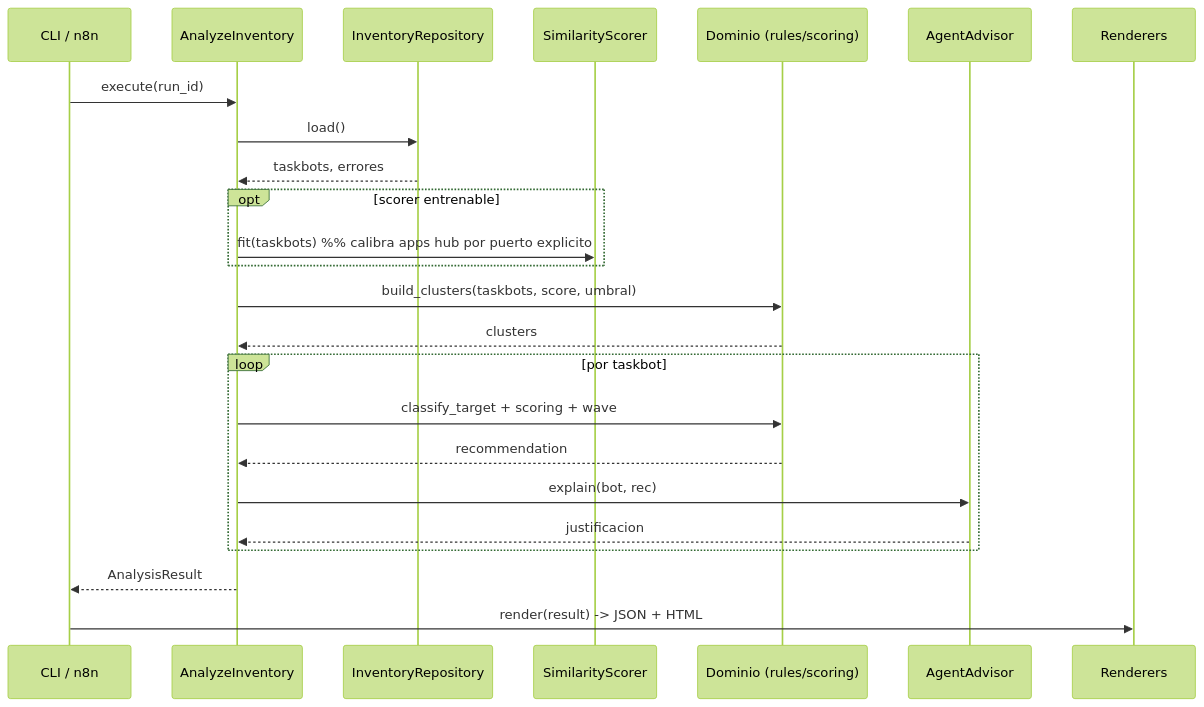
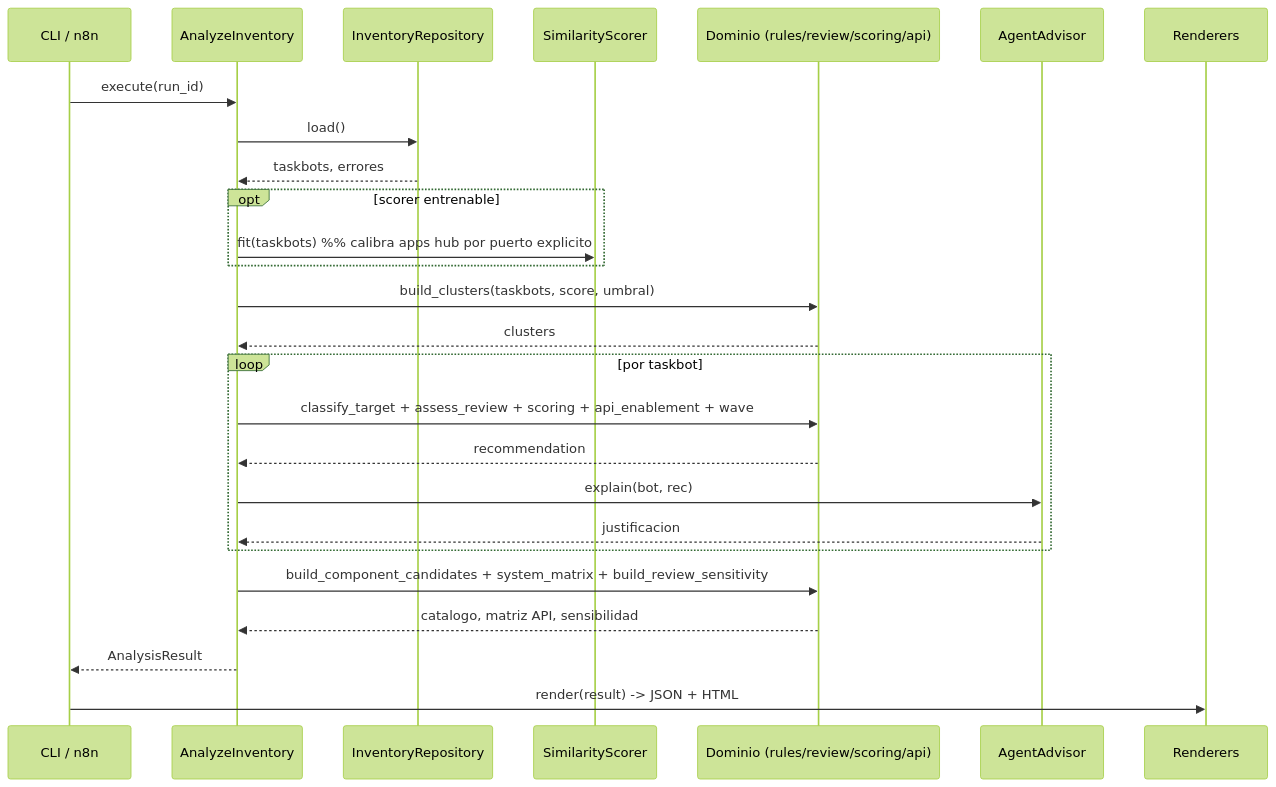
One commit to cataia-code/bancolombia-technical-challenge-b changed the third of 5 diagrams in docs/uml.md. Above: the diagram before and after it, drawn with Mermaid (forest theme). The commit also changed other lines of this file and 41 other files, not shown here.

````diff
--- a/docs/uml.md
+++ b/docs/uml.md
@@ -116,27 +228,29 @@
 ```mermaid
 sequenceDiagram
     participant U as CLI / n8n
     participant UC as AnalyzeInventory
     participant R as InventoryRepository
     participant S as SimilarityScorer
-    participant D as Dominio (rules/scoring)
+    participant D as Dominio (rules/review/scoring/api)
     participant A as AgentAdvisor
     participant W as Renderers
 
     U->>UC: execute(run_id)
     UC->>R: load()
     R-->>UC: taskbots, errores
     opt scorer entrenable
         UC->>S: fit(taskbots)  %% calibra apps hub por puerto explicito
     end
     UC->>D: build_clusters(taskbots, score, umbral)
     D-->>UC: clusters
     loop por taskbot
-        UC->>D: classify_target + scoring + wave
+        UC->>D: classify_target + assess_review + scoring + api_enablement + wave
         D-->>UC: recommendation
         UC->>A: explain(bot, rec)
         A-->>UC: justificacion
     end
+    UC->>D: build_component_candidates + system_matrix + build_review_sensitivity
+    D-->>UC: catalogo, matriz API, sensibilidad
     UC-->>U: AnalysisResult
     U->>W: render(result) -> JSON + HTML
 ```
````
